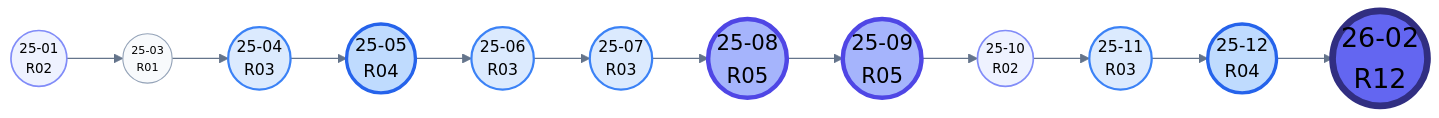
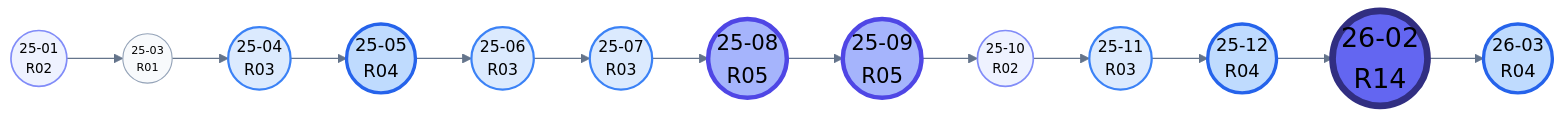
Before and after one commit to joe1chief/awesome-llm-tech-reports: the second of 2 diagrams in README.md, drawn with Mermaid. The commit also changed other lines of this file and 18 other files, not shown here.

````diff
--- a/README.md
+++ b/README.md
@@ -115,28 +115,28 @@
 ```mermaid
 %%{init: {
   "theme": "base",
   "themeVariables": {
     "background": "#ffffff",
     "primaryColor": "#f8fafc",
     "primaryTextColor": "#000000",
     "lineColor": "#64748b",
     "fontFamily": "Segoe UI, Arial, sans-serif"
   }
 }}%%
 flowchart LR
-  M1(("25-01<br/>R02")) --> M2(("25-03<br/>R01")) --> M3(("25-04<br/>R03")) --> M4(("25-05<br/>R04")) --> M5(("25-06<br/>R03")) --> M6(("25-07<br/>R03")) --> M7(("25-08<br/>R05")) --> M8(("25-09<br/>R05")) --> M9(("25-10<br/>R02")) --> M10(("25-11<br/>R03")) --> M11(("25-12<br/>R04")) --> M12(("26-02<br/>R12"))
+  M1(("25-01<br/>R02")) --> M2(("25-03<br/>R01")) --> M3(("25-04<br/>R03")) --> M4(("25-05<br/>R04")) --> M5(("25-06<br/>R03")) --> M6(("25-07<br/>R03")) --> M7(("25-08<br/>R05")) --> M8(("25-09<br/>R05")) --> M9(("25-10<br/>R02")) --> M10(("25-11<br/>R03")) --> M11(("25-12<br/>R04")) --> M12(("26-02<br/>R14")) --> M13(("26-03<br/>R04"))
 
   classDef b1 fill:#f8fafc,stroke:#94a3b8,stroke-width:1px,color:#000000,font-size:10px;
   classDef b2 fill:#eef2ff,stroke:#818cf8,stroke-width:1.5px,color:#000000,font-size:12px;
   classDef b3 fill:#dbeafe,stroke:#3b82f6,stroke-width:2px,color:#000000,font-size:14px;
   classDef b4 fill:#bfdbfe,stroke:#2563eb,stroke-width:3px,color:#000000,font-size:16px;
   classDef b5 fill:#a5b4fc,stroke:#4f46e5,stroke-width:4px,color:#000000,font-size:19px;
-  classDef b12 fill:#6366f1,stroke:#312e81,stroke-width:6px,color:#000000,font-size:24px;
+  classDef b14 fill:#6366f1,stroke:#312e81,stroke-width:6px,color:#000000,font-size:24px;
 
   class M2 b1;
   class M1,M9 b2;
   class M3,M5,M6,M10 b3;
-  class M4,M11 b4;
+  class M4,M11,M13 b4;
   class M7,M8 b5;
-  class M12 b12;
+  class M12 b14;
 ```
````
